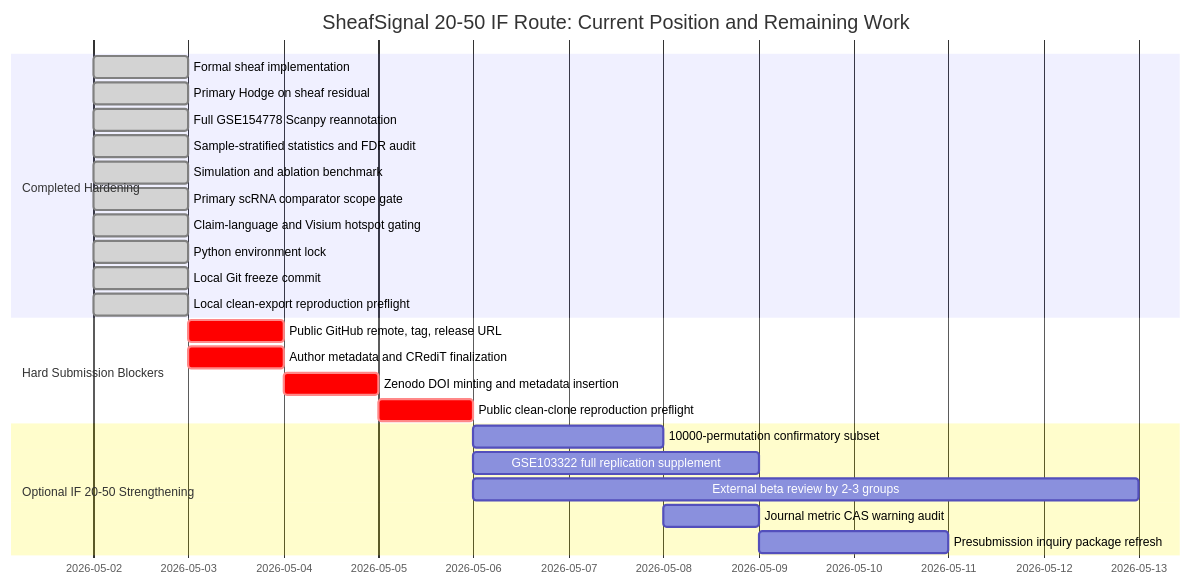
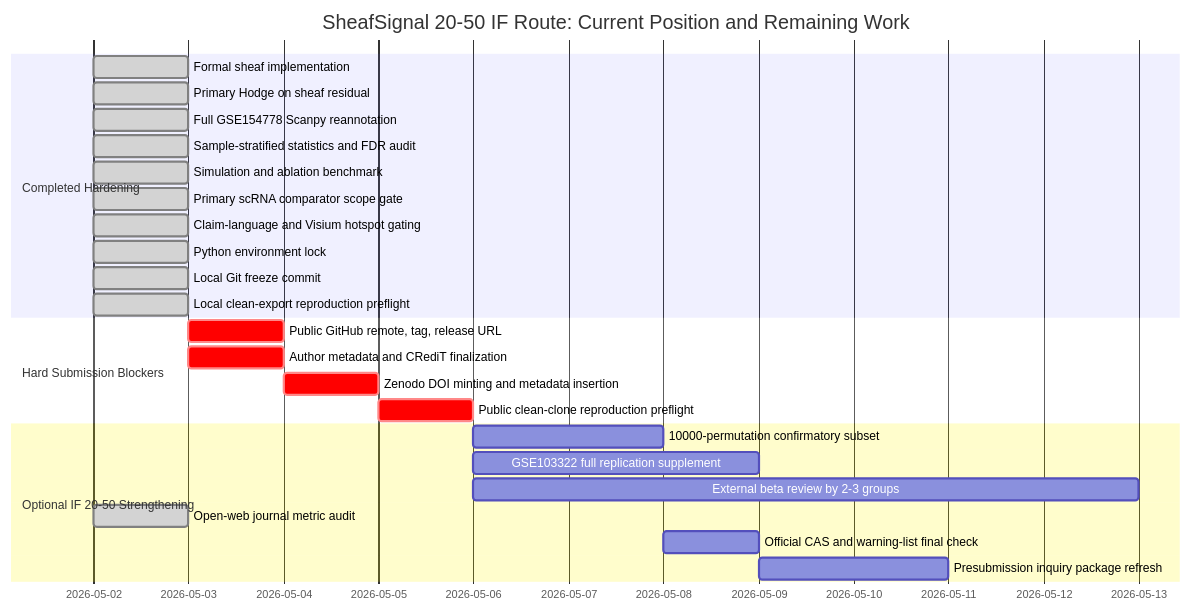
Before and after one commit to healthgreat/SheafSignal: the diagram in manuscript/IF20_50_DISTANCE_REPORT.md, drawn with Mermaid. The commit also changed other lines of this file and 11 other files, not shown here.

Commit message:
Add journal metric audit

````diff
--- a/manuscript/IF20_50_DISTANCE_REPORT.md
+++ b/manuscript/IF20_50_DISTANCE_REPORT.md
@@ -50,30 +53,31 @@
 ```mermaid
 gantt
     title SheafSignal 20-50 IF Route: Current Position and Remaining Work
     dateFormat  YYYY-MM-DD
 
     section Completed Hardening
     Formal sheaf implementation                  :done, 2026-05-02, 1d
     Primary Hodge on sheaf residual              :done, 2026-05-02, 1d
     Full GSE154778 Scanpy reannotation           :done, 2026-05-02, 1d
     Sample-stratified statistics and FDR audit   :done, 2026-05-02, 1d
     Simulation and ablation benchmark            :done, 2026-05-02, 1d
     Primary scRNA comparator scope gate          :done, 2026-05-02, 1d
     Claim-language and Visium hotspot gating     :done, 2026-05-02, 1d
     Python environment lock                      :done, 2026-05-02, 1d
     Local Git freeze commit                      :done, 2026-05-02, 1d
     Local clean-export reproduction preflight    :done, 2026-05-02, 1d
 
     section Hard Submission Blockers
     Public GitHub remote, tag, release URL       :crit, 2026-05-03, 1d
     Author metadata and CRediT finalization      :crit, 2026-05-03, 1d
     Zenodo DOI minting and metadata insertion    :crit, 2026-05-04, 1d
     Public clean-clone reproduction preflight    :crit, 2026-05-05, 1d
 
     section Optional IF 20-50 Strengthening
     10000-permutation confirmatory subset        :2026-05-06, 2d
     GSE103322 full replication supplement        :2026-05-06, 3d
     External beta review by 2-3 groups           :2026-05-06, 7d
-    Journal metric CAS warning audit             :2026-05-08, 1d
+    Open-web journal metric audit                :done, 2026-05-02, 1d
+    Official CAS and warning-list final check    :2026-05-08, 1d
     Presubmission inquiry package refresh        :2026-05-09, 2d
 ```
````
